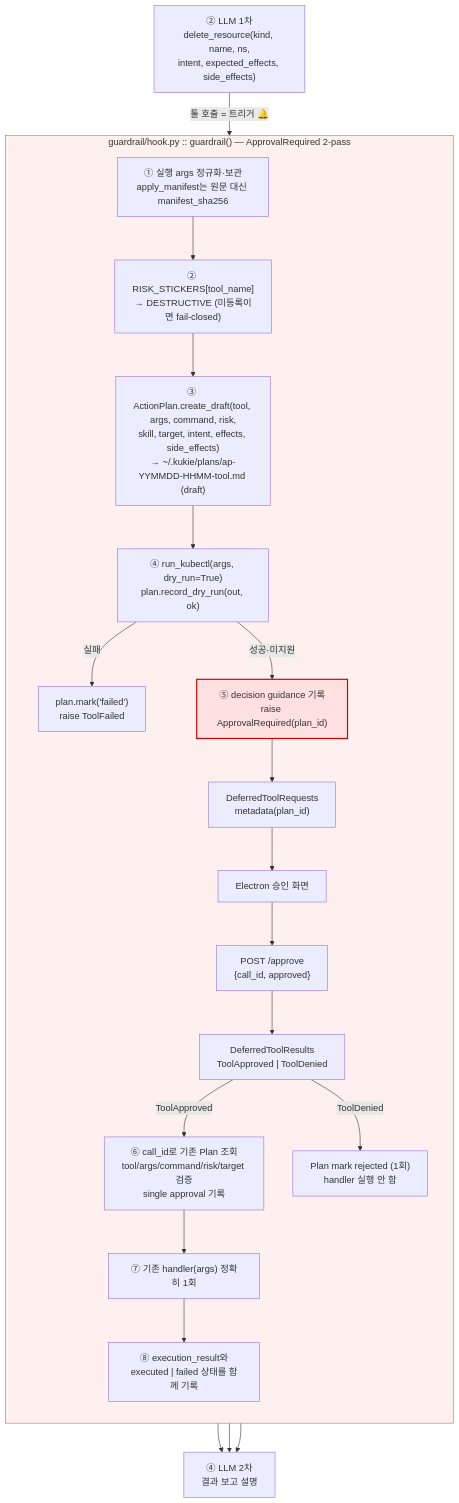
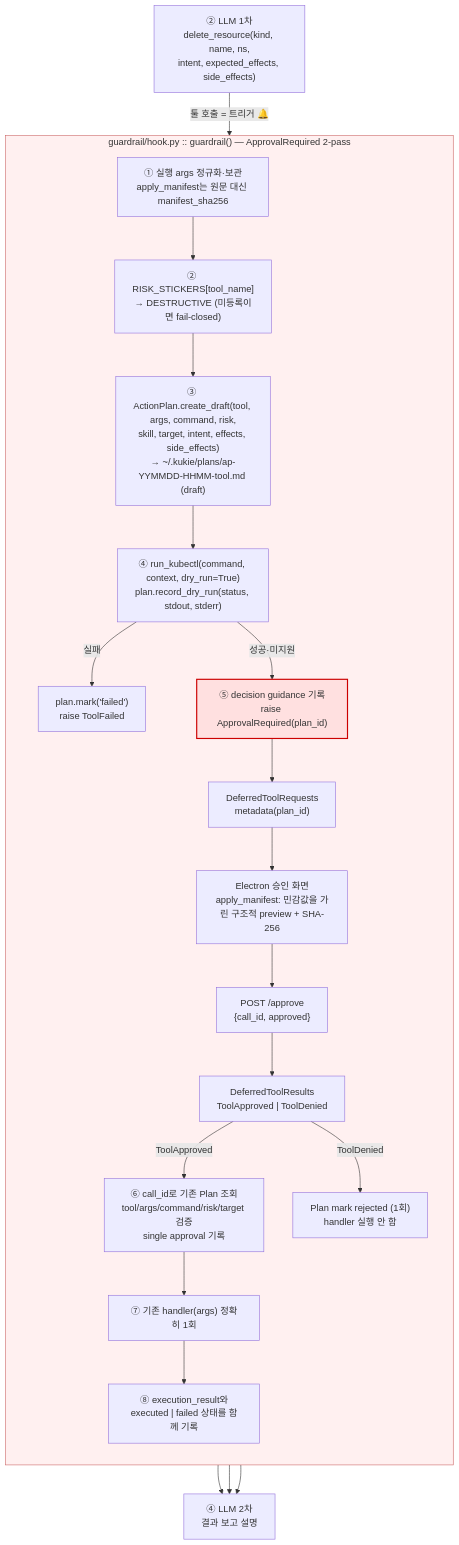
One commit to durokukie/agent changed the second of 3 diagrams in docs/agent-flow.md. Above: the diagram before and after it, drawn with Mermaid. The commit also changed 2 other files, not shown here.

Commit message:
fix: add redacted manifest approval preview

````diff
--- a/docs/agent-flow.md
+++ b/docs/agent-flow.md
@@ -51,30 +51,30 @@
 ```mermaid
 flowchart TD
     L1["② LLM 1차<br/>delete_resource(kind, name, ns,<br/>intent, expected_effects, side_effects)"]
     L1 -->|"툴 호출 = 트리거 🔔"| H
 
     subgraph H["guardrail/hook.py :: guardrail() — ApprovalRequired 2-pass"]
         direction TB
         H1["① 실행 args 정규화·보관<br/>apply_manifest는 원문 대신 manifest_sha256"]
         H1 --> H2["② RISK_STICKERS[tool_name]<br/>→ DESTRUCTIVE (미등록이면 fail-closed)"]
         H2 --> H3["③ ActionPlan.create_draft(tool, args, command, risk,<br/>skill, target, intent, effects, side_effects)<br/>→ ~/.kukie/plans/ap-YYMMDD-HHMM-tool.md (draft)"]
-        H3 --> H4["④ run_kubectl(args, dry_run=True)<br/>plan.record_dry_run(out, ok)"]
+        H3 --> H4["④ run_kubectl(command, context, dry_run=True)<br/>plan.record_dry_run(status, stdout, stderr)"]
         H4 -->|"실패"| H4F["plan.mark('failed')<br/>raise ToolFailed"]
         H4 -->|"성공·미지원"| H5["⑤ decision guidance 기록<br/>raise ApprovalRequired(plan_id)"]
         H5 --> P["DeferredToolRequests<br/>metadata(plan_id)"]
-        P --> E["Electron 승인 화면"]
+        P --> E["Electron 승인 화면<br/>apply_manifest: 민감값을 가린 구조적 preview + SHA-256"]
         E --> A["POST /approve<br/>{call_id, approved}"]
         A --> D["DeferredToolResults<br/>ToolApproved | ToolDenied"]
         D -->|"ToolApproved"| H5A["⑥ call_id로 기존 Plan 조회<br/>tool/args/command/risk/target 검증<br/>single approval 기록"]
         D -->|"ToolDenied"| H5R["Plan mark rejected (1회)<br/>handler 실행 안 함"]
         H5A --> H6["⑦ 기존 handler(args) 정확히 1회"]
         H6 --> H7["⑧ execution_result와<br/>executed | failed 상태를 함께 기록"]
     end
 
     H7 --> L2["④ LLM 2차<br/>결과 보고 설명"]
     H4F --> L2
     H5R --> L2
 
     style H fill:#fff0f0,stroke:#c66
     style H5 fill:#ffe0e0,stroke:#c00,stroke-width:2px
 ```
````
